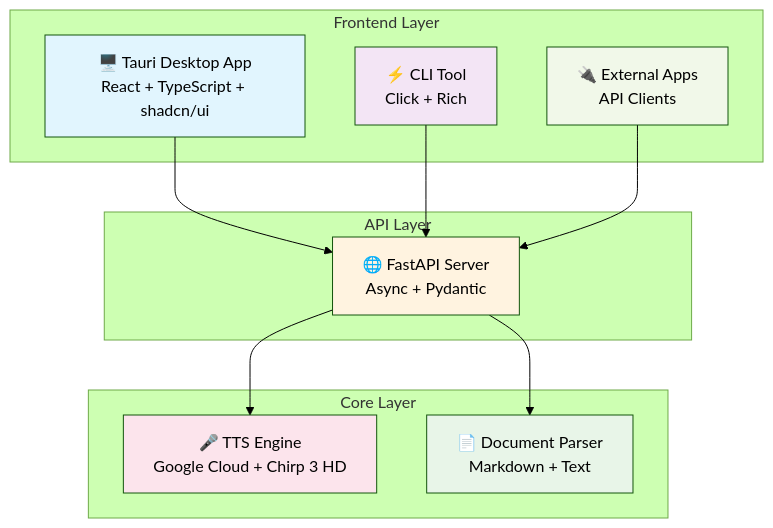
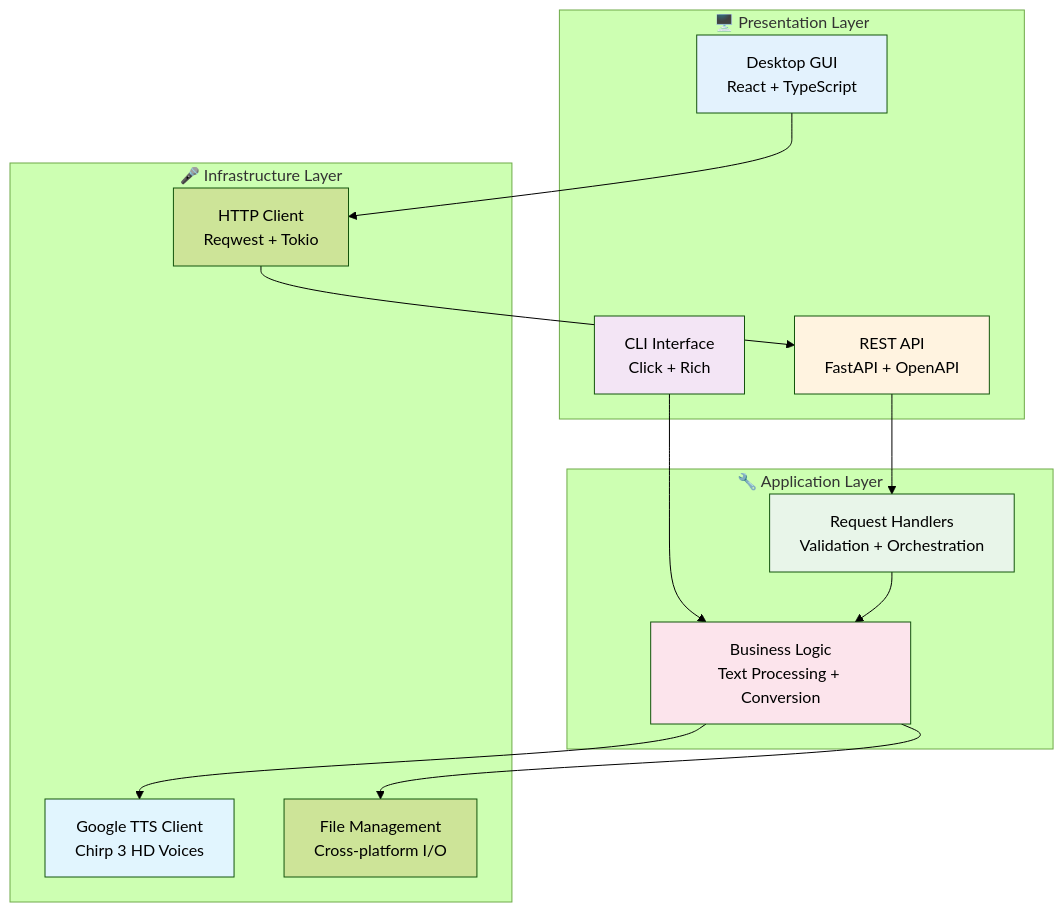
One commit to Abdulrahman-Elsmmany/KIWI- changed the diagram in README.md. Above: the diagram before and after it, drawn with Mermaid (forest theme). The commit also changed other lines of this file, not shown here.

````diff
--- a/README.md
+++ b/README.md
@@ -41,30 +228,34 @@
 ```mermaid
 graph TB
-    subgraph "Frontend Layer"
-        GUI[🖥️ Tauri Desktop App<br/>React + TypeScript + shadcn/ui]
-        CLI[⚡ CLI Tool<br/>Click + Rich]
-        EXT[🔌 External Apps<br/>API Clients]
+    subgraph "🖥️ Presentation Layer"
+        GUI[Desktop GUI<br/>React + TypeScript]
+        CLI[CLI Interface<br/>Click + Rich]
+        API[REST API<br/>FastAPI + OpenAPI]
     end
     
-    subgraph "API Layer"
-        API[🌐 FastAPI Server<br/>Async + Pydantic]
+    subgraph "🔧 Application Layer"
+        HANDLER[Request Handlers<br/>Validation + Orchestration]
+        SERVICE[Business Logic<br/>Text Processing + Conversion]
     end
     
-    subgraph "Core Layer"
-        TTS[🎤 TTS Engine<br/>Google Cloud + Chirp 3 HD]
-        PARSE[📄 Document Parser<br/>Markdown + Text]
+    subgraph "🎤 Infrastructure Layer"
+        TTS[Google TTS Client<br/>Chirp 3 HD Voices]
+        STORAGE[File Management<br/>Cross-platform I/O]
+        HTTP[HTTP Client<br/>Reqwest + Tokio]
     end
     
-    GUI --> API
-    CLI --> API
-    EXT --> API
-    API --> TTS
-    API --> PARSE
+    GUI --> HTTP
+    CLI --> SERVICE
+    API --> HANDLER
+    HTTP --> API
+    HANDLER --> SERVICE
+    SERVICE --> TTS
+    SERVICE --> STORAGE
     
-    style GUI fill:#e1f5fe
+    style GUI fill:#e3f2fd
     style CLI fill:#f3e5f5
-    style EXT fill:#f1f8e9
     style API fill:#fff3e0
-    style TTS fill:#fce4ec
-    style PARSE fill:#e8f5e8
+    style HANDLER fill:#e8f5e9
+    style SERVICE fill:#fce4ec
+    style TTS fill:#e1f5fe
 ```
````
